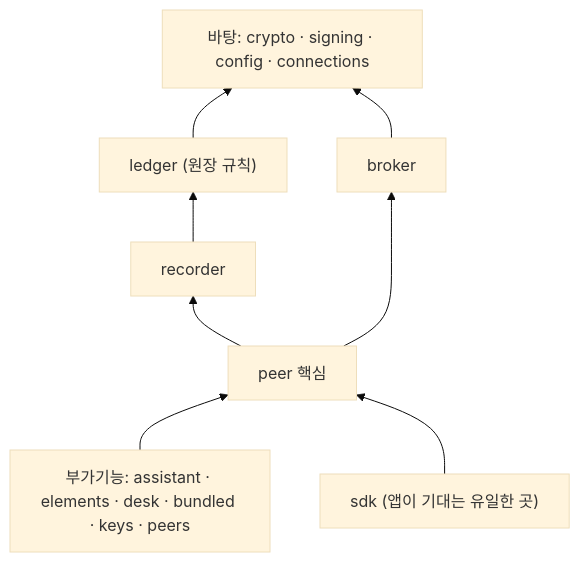
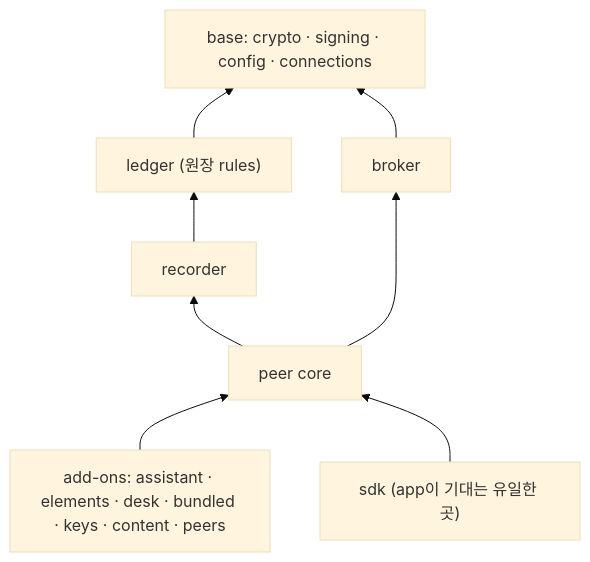
One commit to tanminkwan/share-ur-tokens changed diagram 11 of 31 in docs/education.md. Above: the diagram before and after it, drawn with Mermaid (base theme). The commit also changed other lines of this file and 27 other files, not shown here.

````diff
--- a/docs/education.md
+++ b/docs/education.md
@@ -279,10 +294,10 @@
 ```mermaid
 flowchart BT
-    BASE["바탕: crypto · signing · config · connections"] 
-    LED["ledger (원장 규칙)"] --> BASE
+    BASE["base: crypto · signing · config · connections"]
+    LED["ledger (원장 rules)"] --> BASE
     REC["recorder"] --> LED
     BRK["broker"] --> BASE
-    PEER["peer 핵심"] --> REC & BRK
-    ADD["부가기능: assistant · elements · desk · bundled · keys · peers"] --> PEER
-    SDK["sdk (앱이 기대는 유일한 곳)"] --> PEER
+    PEER["peer core"] --> REC & BRK
+    ADD["add-ons: assistant · elements · desk · bundled · keys · content · peers"] --> PEER
+    SDK["sdk (app이 기대는 유일한 곳)"] --> PEER
 ```
````
